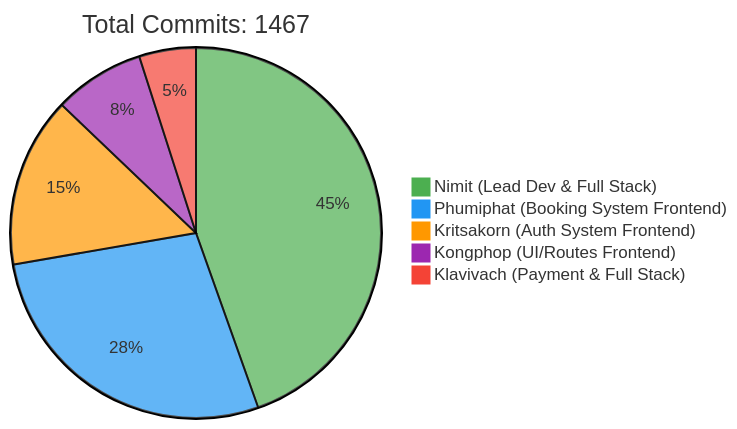
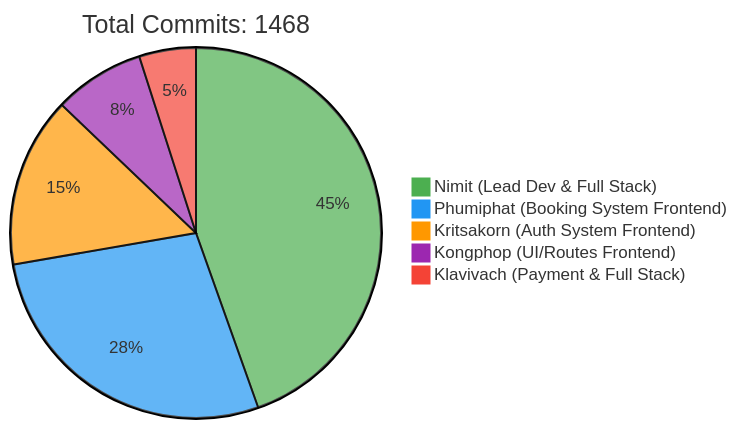
Before and after one commit to 6531503042/Sport-Complex: the first of 2 diagrams in README.md, drawn with Mermaid. The commit also changed other lines of this file, not shown here.

Commit message:
docs: Update contributor statistics [skip ci]

````diff
--- a/README.md
+++ b/README.md
@@ -257,10 +257,10 @@
 ```mermaid
 %%{init: {'theme': 'base', 'themeVariables': { 'pie1': '#4CAF50', 'pie2': '#2196F3', 'pie3': '#FF9800', 'pie4': '#9C27B0', 'pie5': '#F44336'}}}%%
 pie
-    title Total Commits: 1467
+    title Total Commits: 1468
     "Nimit (Lead Dev & Full Stack)" : 450
     "Phumiphat (Booking System Frontend)" : 280
     "Kritsakorn (Auth System Frontend)" : 150
     "Kongphop (UI/Routes Frontend)" : 80
     "Klavivach (Payment & Full Stack)" : 50
 ```
````
